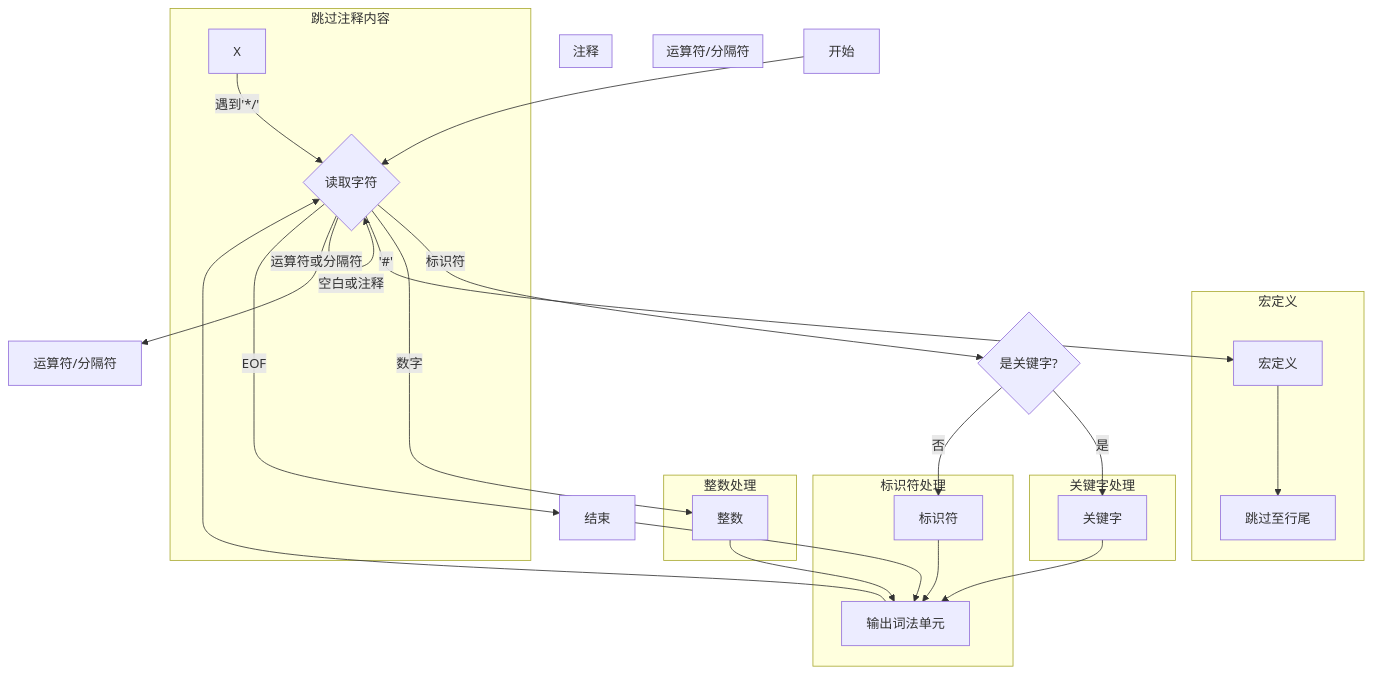
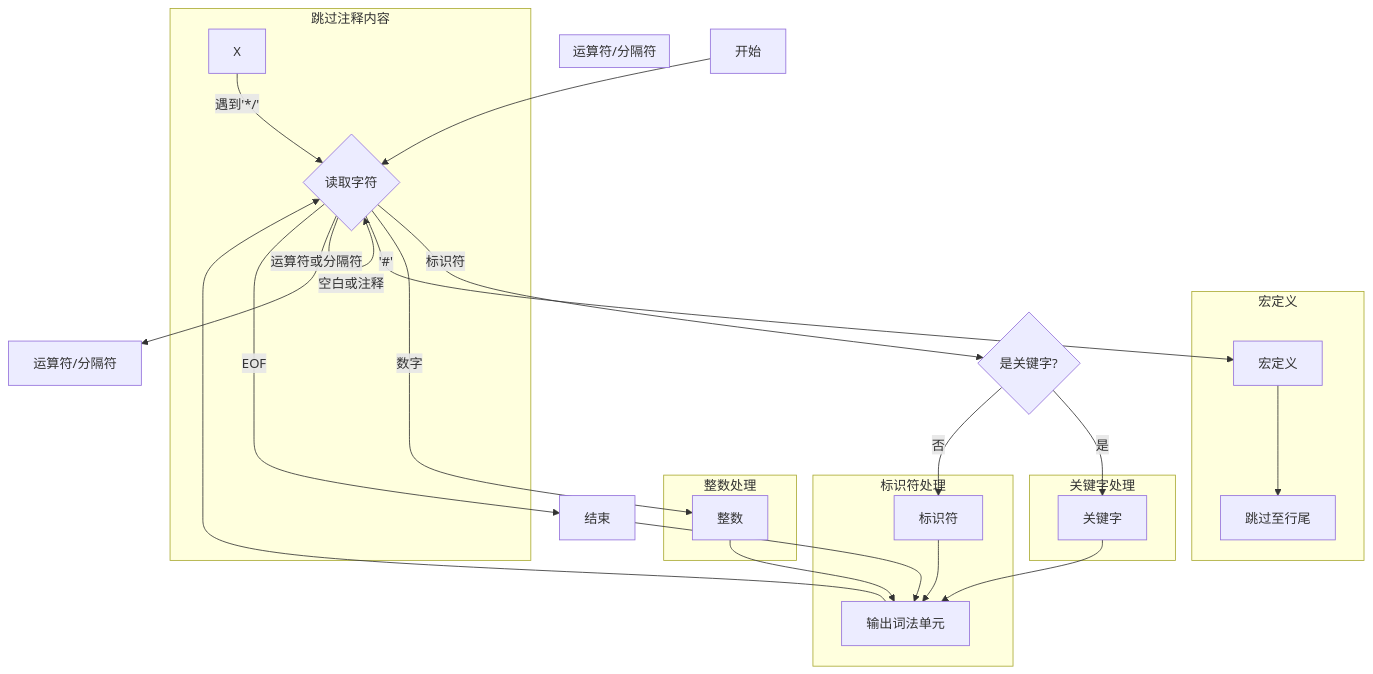
One commit to wjq-ctrl/iodraw-files changed the diagram in all/未命名-1.md. Above: the diagram before and after it, drawn with Mermaid.

Commit message:
2024-09-28 19:47:56 update

````diff
--- a/all/未命名-1.md
+++ b/all/未命名-1.md
@@ -1,52 +1,49 @@
 ```mermaid
 graph TD  
     A[开始] --> B{读取字符}  
   
     B -->|空白或注释| B  
     B -->|标识符| C{是关键字?}  
     B -->|数字| D[整数]  
     B -->|'#'| E[宏定义]  
     B -->|运算符或分隔符| F[运算符/分隔符]  
     B -->|EOF| G[结束]  
   
     C -->|是| H[关键字]  
     C -->|否| I[标识符]  
   
     G --> J[输出词法单元]  
   
     subgraph 宏定义  
     E --> K[跳过至行尾]  
     end  
   
     subgraph 运算符/分隔符  
     
     end  
   
-    subgraph 注释  
-    
-    end  
+
   
     
   
       
   
     subgraph 标识符处理  
     I --> J  
     end  
   
     subgraph 关键字处理  
     H --> J  
     end  
   
     subgraph 整数处理  
     D --> J  
     end  
   
     subgraph 跳过注释内容  
     X -->|遇到'*/'| B  
     end  
   
-    
   
     J --> B
 ```
````
